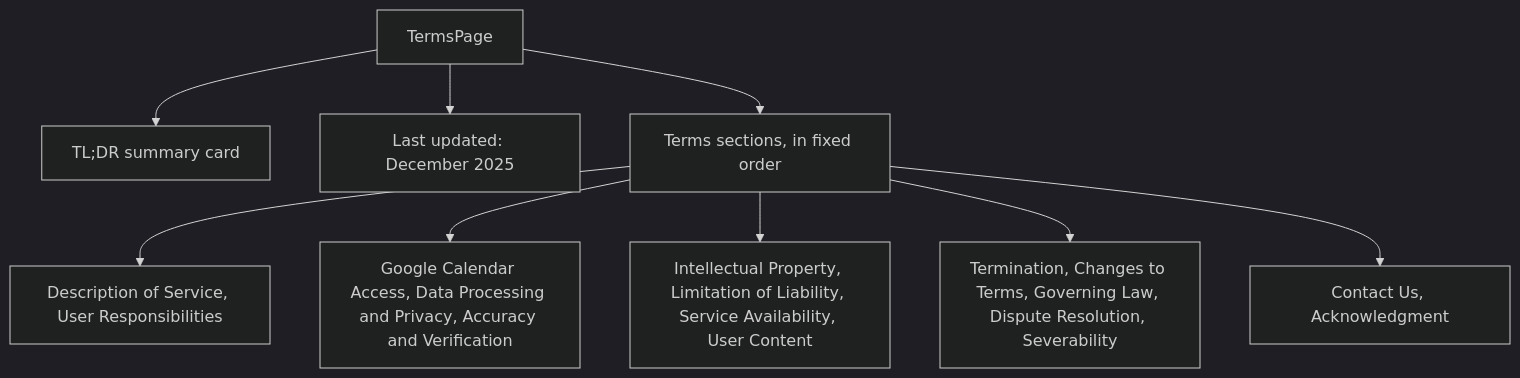
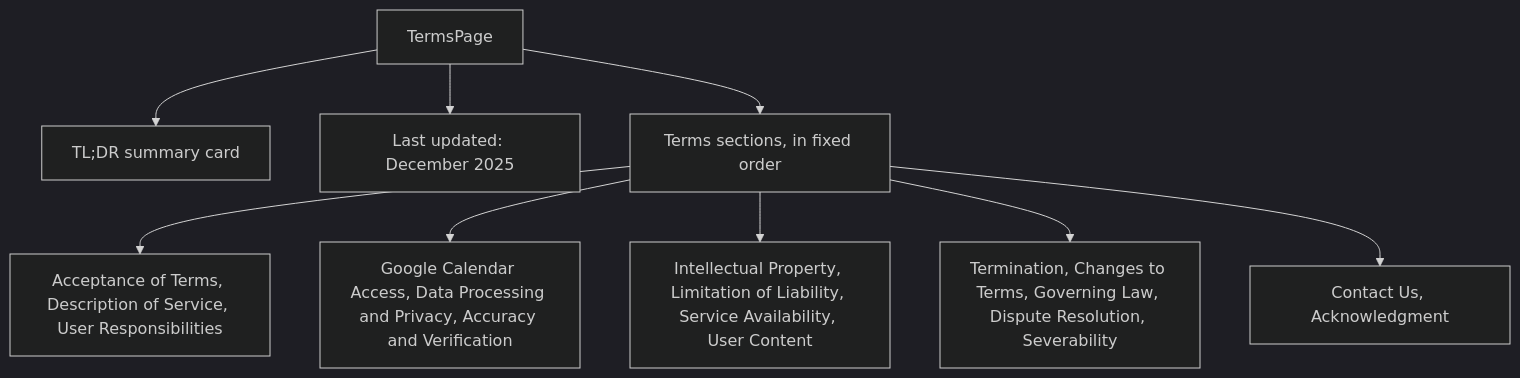
Before and after one commit to michaeltomlinsontuks/ScheduleGenerator: the diagram in frontend/src/app/terms/DOCS/Terms.md, drawn with Mermaid (dark theme). The commit also changed other lines of this file and 1 other file, not shown here.

Commit message:
docs: unit on frontend/src/app/terms [skip ci]

````diff
--- a/frontend/src/app/terms/DOCS/Terms.md
+++ b/frontend/src/app/terms/DOCS/Terms.md
@@ -65,12 +65,12 @@
 ```mermaid
 %% required: behaviour
 flowchart TB
     Page[TermsPage] --> TLDR[TL;DR summary card]
     Page --> Updated[Last updated: December 2025]
     Page --> Sections[Terms sections, in fixed order]
-    Sections --> Service[Description of Service, User Responsibilities]
+    Sections --> Service[Acceptance of Terms, Description of Service, User Responsibilities]
     Sections --> Access[Google Calendar Access, Data Processing and Privacy, Accuracy and Verification]
     Sections --> Legal[Intellectual Property, Limitation of Liability, Service Availability, User Content]
     Sections --> Admin[Termination, Changes to Terms, Governing Law, Dispute Resolution, Severability]
     Sections --> Close[Contact Us, Acknowledgment]
 ```
````
